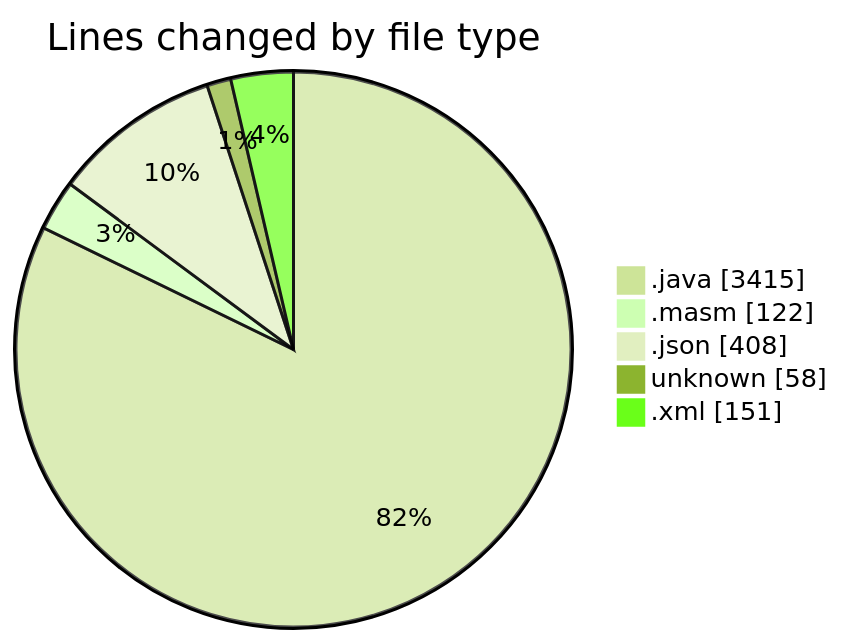
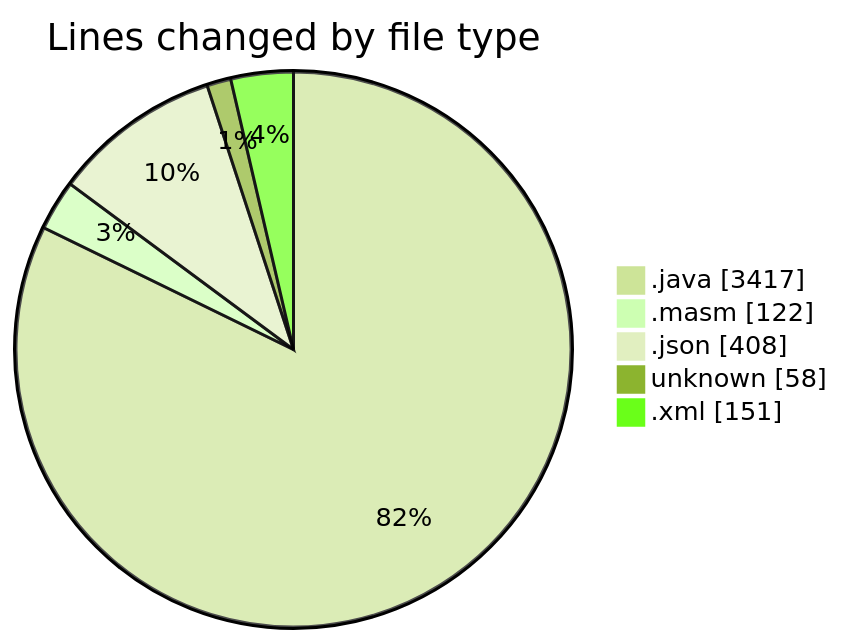
One commit to charlie-sans/code-tracking changed the first of 2 diagrams in 2025-02-19/masm/README.md. Above: the diagram before and after it, drawn with Mermaid (forest theme). The commit also changed other lines of this file and 1 other file, not shown here.

````diff
--- a/2025-02-19/masm/README.md
+++ b/2025-02-19/masm/README.md
@@ -41,9 +41,9 @@
 ```mermaid
 pie showData
 title Lines changed by file type
-".java" : 3415
+".java" : 3417
 ".masm" : 122
 ".json" : 408
 "unknown" : 58
 ".xml" : 151
 ```
````
